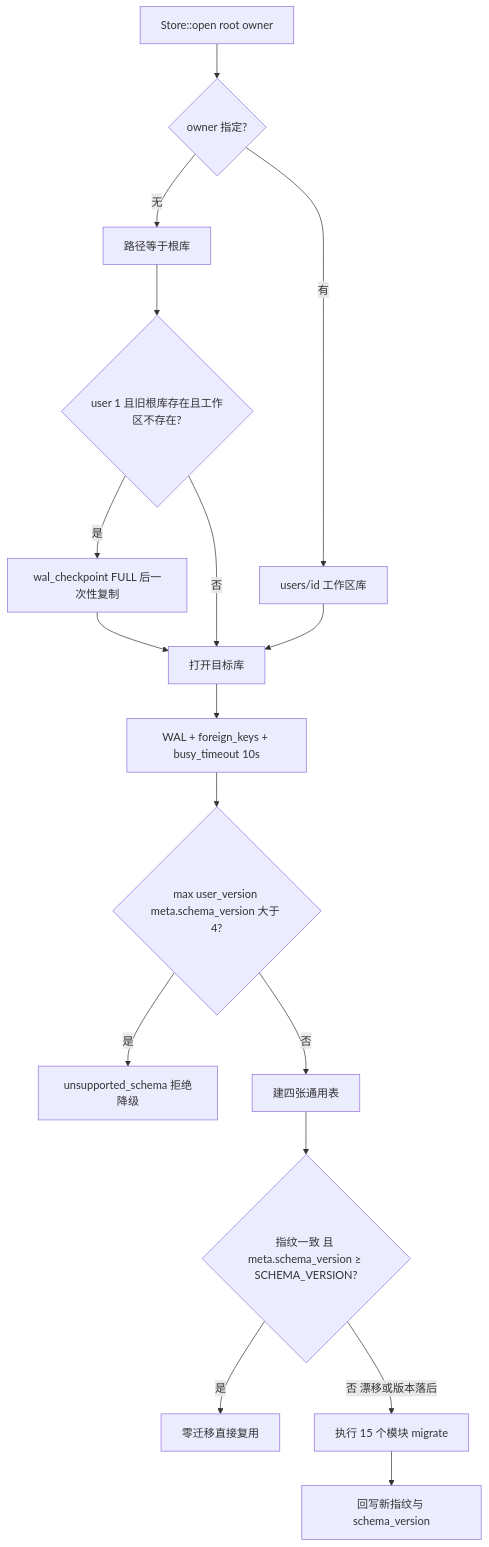
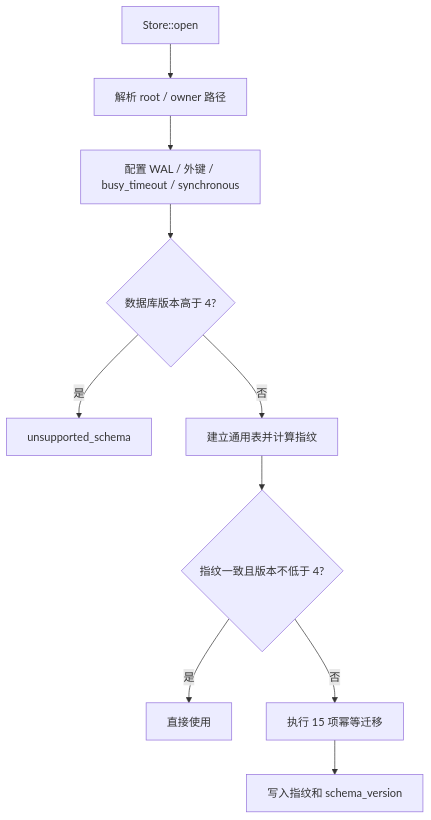
One commit to hershate/Deep-tutor changed the second of 4 diagrams in docs/architecture/02-operation-principles.md. Above: the diagram before and after it, drawn with Mermaid. The commit also changed other lines of this file, not shown here.

````diff
--- a/docs/architecture/02-operation-principles.md
+++ b/docs/architecture/02-operation-principles.md
@@ -67,19 +56,12 @@
 ```mermaid
 flowchart TD
-    A[Store::open root owner] --> B{owner 指定?}
-    B -->|无| C[路径等于根库]
-    B -->|有| D[users/id 工作区库]
-    C --> E{user 1 且旧根库存在且工作区不存在?}
-    E -->|是| F[wal_checkpoint FULL 后一次性复制]
-    E -->|否| G[打开目标库]
-    D --> G
-    F --> G
-    G --> H[WAL + foreign_keys + busy_timeout 10s]
-    H --> I{max user_version meta.schema_version 大于 4?}
-    I -->|是| J[unsupported_schema 拒绝降级]
-    I -->|否| K[建四张通用表]
-    K --> L{指纹一致 且 meta.schema_version ≥ SCHEMA_VERSION?}
-    L -->|是| M[零迁移直接复用]
-    L -->|否 漂移或版本落后| N[执行 15 个模块 migrate]
-    N --> O[回写新指纹与 schema_version]
+    A[Store::open] --> B[解析 root / owner 路径]
+    B --> C[配置 WAL / 外键 / busy_timeout / synchronous]
+    C --> D{数据库版本高于 4?}
+    D -->|是| E[unsupported_schema]
+    D -->|否| F[建立通用表并计算指纹]
+    F --> G{指纹一致且版本不低于 4?}
+    G -->|是| H[直接使用]
+    G -->|否| I[执行 15 项幂等迁移]
+    I --> J[写入指纹和 schema_version]
 ```
````
